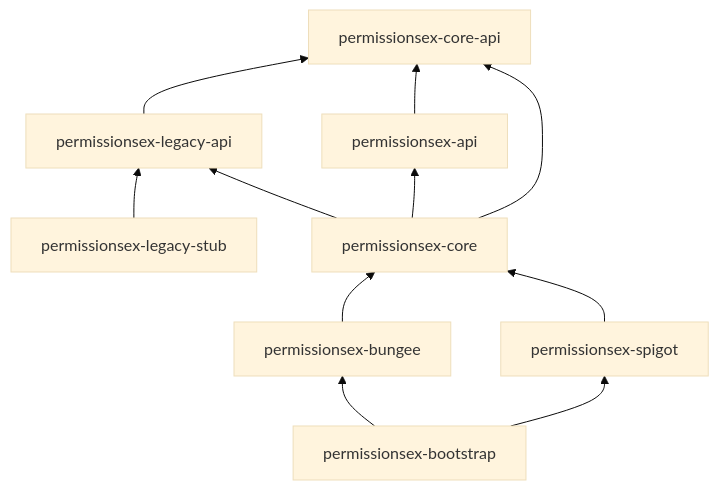
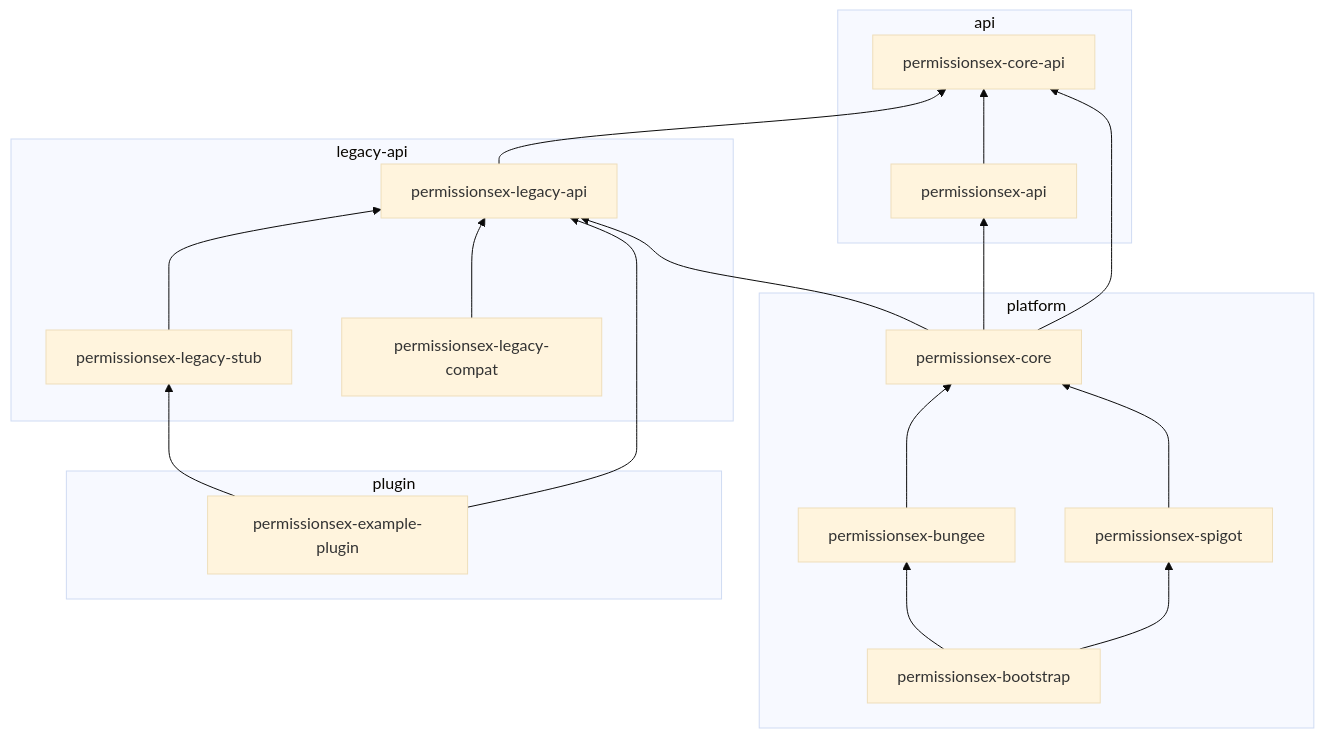
One commit to rowan-smith/PexPlus changed the diagram in README.md. Above: the diagram before and after it, drawn with Mermaid (base theme). The commit also changed other lines of this file and 2 other files, not shown here.

Commit message:
Group Maven modules by legacy-api, api, platform, and plugin

````diff
--- a/README.md
+++ b/README.md
@@ -15,21 +15,34 @@
 ```mermaid
 flowchart BT
-  coreapi[permissionsex-core-api]
-  api[permissionsex-api]
-  legacy[permissionsex-legacy-api]
-  stub[permissionsex-legacy-stub]
-  core[permissionsex-core]
-  spigot[permissionsex-spigot]
-  bungee[permissionsex-bungee]
-  boot[permissionsex-bootstrap]
-  api --> coreapi
-  legacy --> coreapi
-  stub --> legacy
-  core --> coreapi
-  core --> api
-  core --> legacy
-  spigot --> core
-  bungee --> core
-  boot --> spigot
-  boot --> bungee
+  subgraph legacy [legacy-api]
+    legacyMod[permissionsex-legacy-api]
+    stub[permissionsex-legacy-stub]
+    compat[permissionsex-legacy-compat]
+    stub --> legacyMod
+    compat --> legacyMod
+  end
+  subgraph api [api]
+    coreapi[permissionsex-core-api]
+    apiMod[permissionsex-api]
+    apiMod --> coreapi
+  end
+  subgraph platform [platform]
+    core[permissionsex-core]
+    spigot[permissionsex-spigot]
+    bungee[permissionsex-bungee]
+    boot[permissionsex-bootstrap]
+    core --> coreapi
+    core --> apiMod
+    core --> legacyMod
+    spigot --> core
+    bungee --> core
+    boot --> spigot
+    boot --> bungee
+  end
+  subgraph plugin [plugin]
+    example[permissionsex-example-plugin]
+    example --> legacyMod
+    example --> stub
+  end
+  legacyMod --> coreapi
 ```
````
